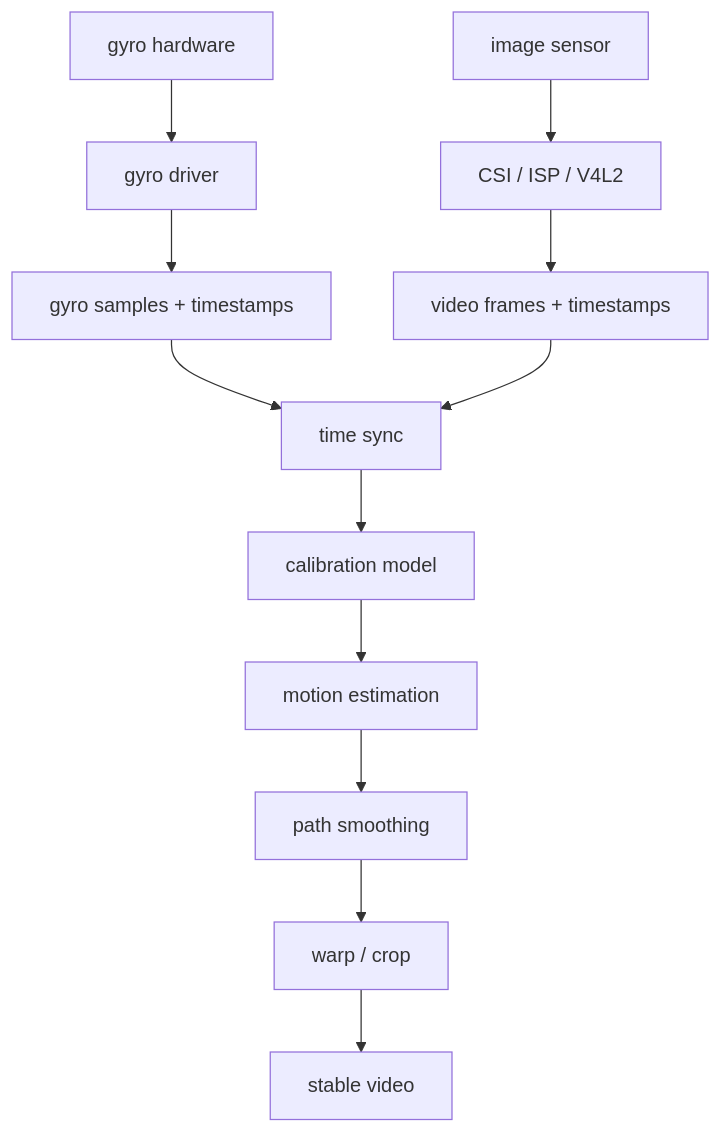
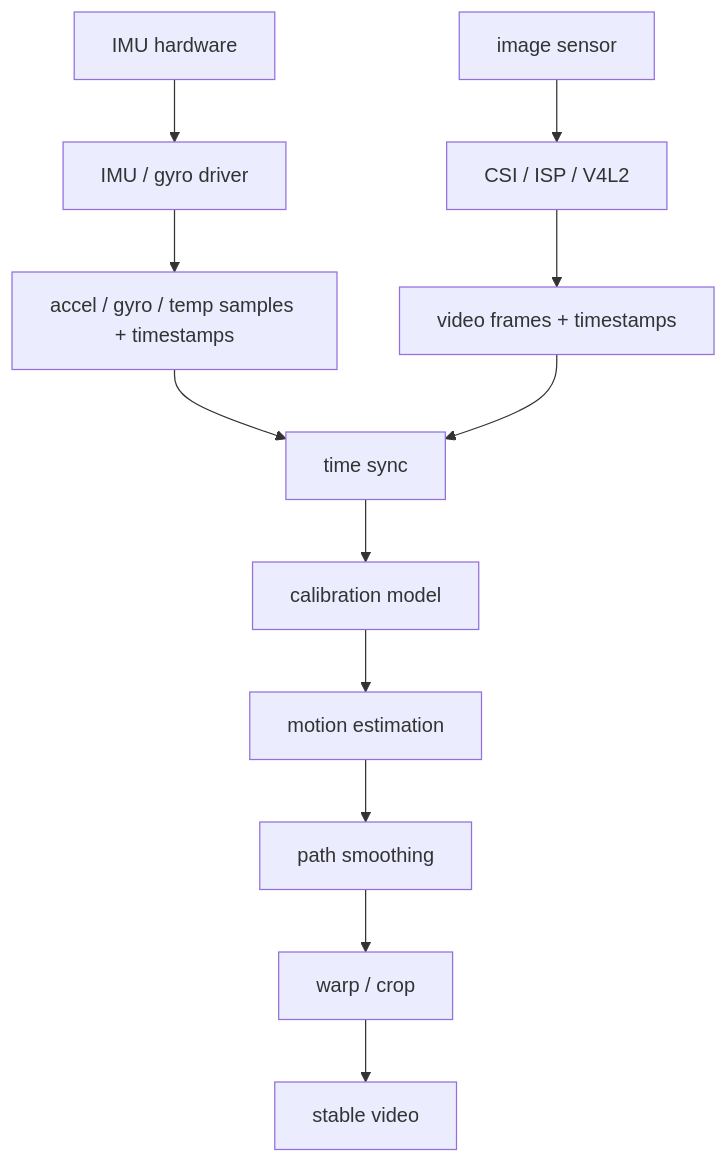
Before and after one commit to supergit233/Linux-Kernel-study: the diagram in 陀螺仪防抖/00-陀螺仪防抖总览.md, drawn with Mermaid. The commit also changed other lines of this file and 31 other files, not shown here.

````diff
--- a/陀螺仪防抖/00-陀螺仪防抖总览.md
+++ b/陀螺仪防抖/00-陀螺仪防抖总览.md
@@ -119,14 +136,14 @@
 ```mermaid
 flowchart TD
-    A["gyro hardware"] --> B["gyro driver"]
-    B --> C["gyro samples + timestamps"]
+    A["IMU hardware"] --> B["IMU / gyro driver"]
+    B --> C["accel / gyro / temp samples + timestamps"]
     D["image sensor"] --> E["CSI / ISP / V4L2"]
     E --> F["video frames + timestamps"]
     C --> G["time sync"]
     F --> G
     G --> H["calibration model"]
     H --> I["motion estimation"]
     I --> J["path smoothing"]
     J --> K["warp / crop"]
     K --> L["stable video"]
 ```
````
